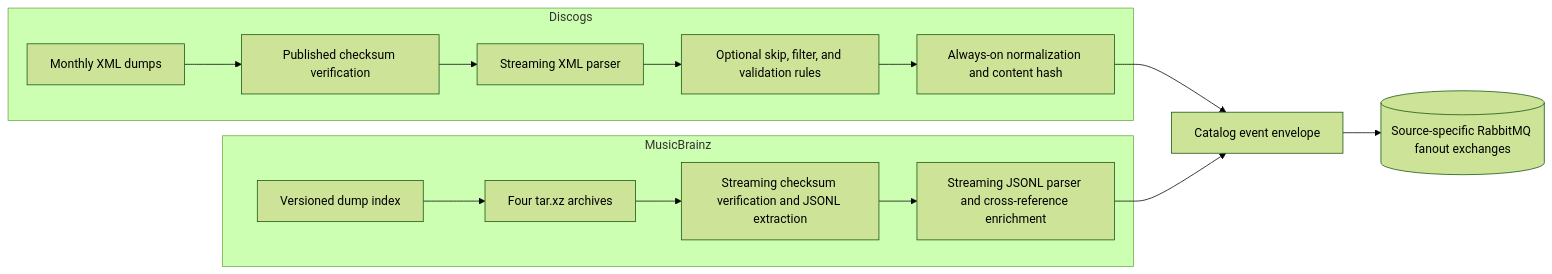
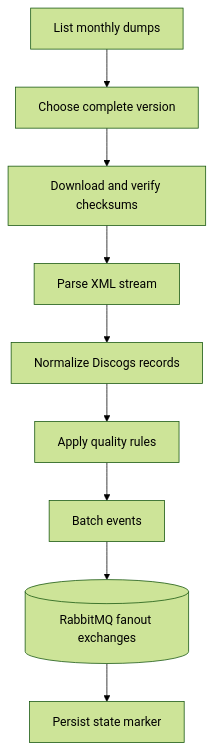
Before and after one commit to groovemap-music/catalog-ingestion: the diagram in docs/extraction.md, drawn with Mermaid (forest theme). The commit also changed other lines of this file and 6 other files, not shown here.

````diff
--- a/docs/extraction.md
+++ b/docs/extraction.md
@@ -17,19 +7,11 @@
 ```mermaid
-flowchart LR
-    subgraph Discogs
-        DX[Monthly XML dumps] --> DC[Published checksum verification]
-        DC --> DP[Streaming XML parser]
-        DP --> QR[Optional skip, filter, and validation rules]
-        QR --> DN[Always-on normalization and content hash]
-    end
-
-    subgraph MusicBrainz
-        MI[Versioned dump index] --> MA[Four tar.xz archives]
-        MA --> MC[Streaming checksum verification and JSONL extraction]
-        MC --> MP[Streaming JSONL parser and cross-reference enrichment]
-    end
-
-    DN --> CE[Catalog event envelope]
-    MP --> CE
-    CE --> MQ[(Source-specific RabbitMQ fanout exchanges)]
+flowchart TD
+    L[List monthly dumps] --> C[Choose complete version]
+    C --> D[Download and verify checksums]
+    D --> P[Parse XML stream]
+    P --> N[Normalize Discogs records]
+    N --> Q[Apply quality rules]
+    Q --> B[Batch events]
+    B --> M[(RabbitMQ fanout exchanges)]
+    M --> S[Persist state marker]
 ```
````
